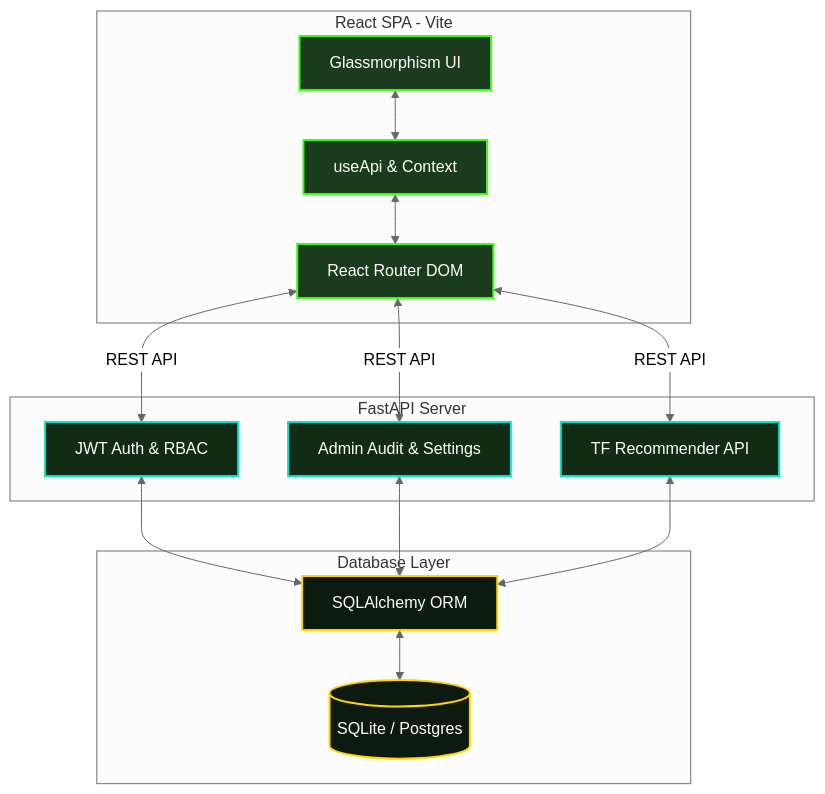
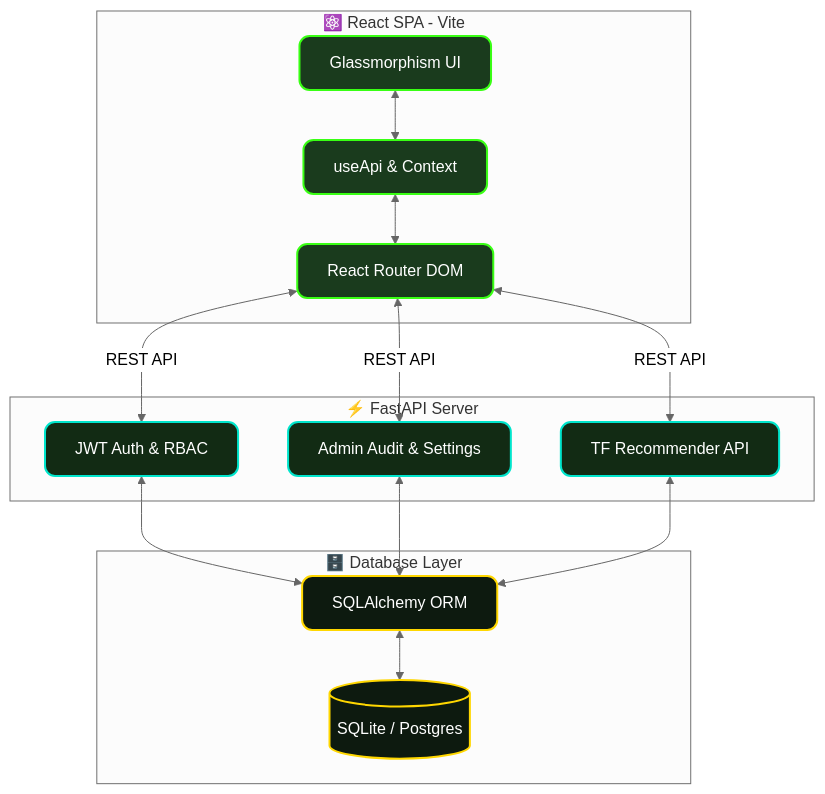
Before and after one commit to harshitthek/carbon-guardian-ai: the diagram in README.md, drawn with Mermaid (neutral theme). The commit also changed other lines of this file, not shown here.

````diff
--- a/README.md
+++ b/README.md
@@ -32,35 +45,35 @@
 ```mermaid
 graph TD
     %% Define styles
-    classDef client fill:#1A3B1D,stroke:#39FF14,stroke-width:2px,color:#fff
-    classDef api fill:#122B14,stroke:#00E5CC,stroke-width:2px,color:#fff
-    classDef data fill:#0D1A0F,stroke:#FFD700,stroke-width:2px,color:#fff
+    classDef client fill:#1A3B1D,stroke:#39FF14,stroke-width:2px,color:#fff,rx:10,ry:10
+    classDef api fill:#122B14,stroke:#00E5CC,stroke-width:2px,color:#fff,rx:10,ry:10
+    classDef data fill:#0D1A0F,stroke:#FFD700,stroke-width:2px,color:#fff,rx:10,ry:10
     
-    subgraph Frontend [React SPA - Vite]
+    subgraph Frontend [⚛️ React SPA - Vite]
         UI[Glassmorphism UI]:::client
         Hooks[useApi & Context]:::client
         Router[React Router DOM]:::client
     end
     
-    subgraph Backend [FastAPI Server]
+    subgraph Backend [⚡ FastAPI Server]
         Auth[JWT Auth & RBAC]:::api
         Admin[Admin Audit & Settings]:::api
         Engine[TF Recommender API]:::api
     end
     
-    subgraph Storage [Database Layer]
+    subgraph Storage [🗄️ Database Layer]
         SQLite[(SQLite / Postgres)]:::data
         Models[SQLAlchemy ORM]:::data
     end
     
     UI <--> Hooks
     Hooks <--> Router
     Router <-->|REST API| Auth
     Router <-->|REST API| Admin
     Router <-->|REST API| Engine
     
     Auth <--> Models
     Admin <--> Models
     Engine <--> Models
     Models <--> SQLite
 ```
````
